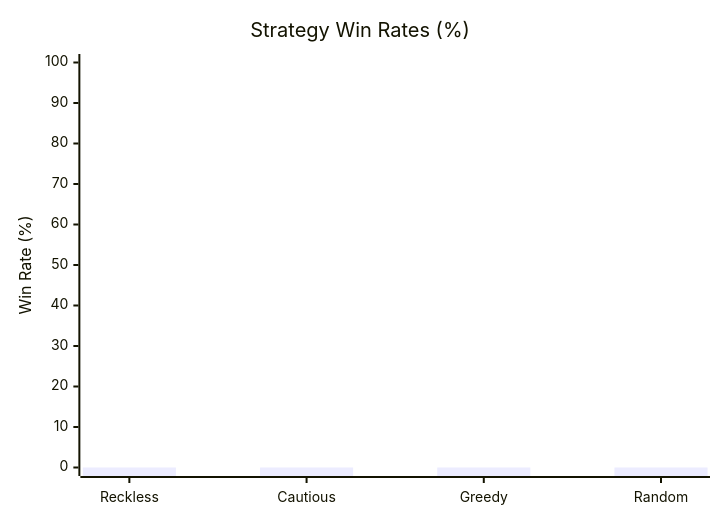
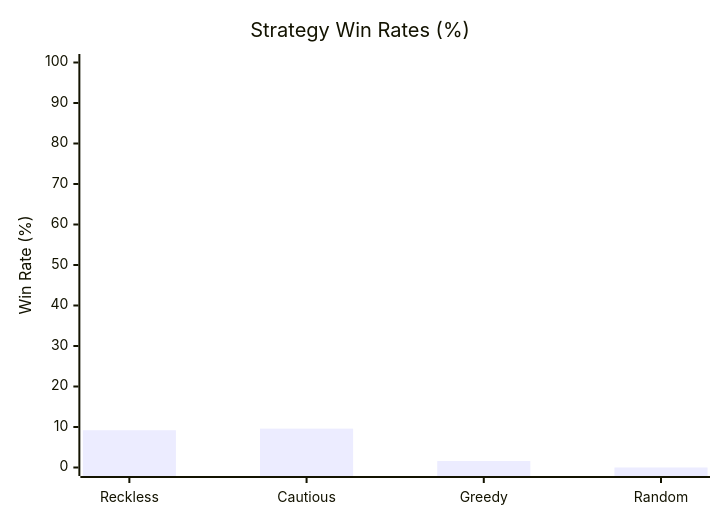
One commit to JACE062/TheMonstrousSea2 changed the diagram in packages/monstrous_sim/reports/report.md. Above: the diagram before and after it, drawn with Mermaid. The commit also changed other lines of this file and 9 other files, not shown here.

````diff
--- a/packages/monstrous_sim/reports/report.md
+++ b/packages/monstrous_sim/reports/report.md
@@ -18,7 +18,7 @@
 ```mermaid
 xychart-beta
     title "Strategy Win Rates (%)"
     x-axis ["Reckless", "Cautious", "Greedy", "Random"]
     y-axis "Win Rate (%)" 0 --> 100
-    bar [0.0, 0.0, 0.0, 0.0]
+    bar [9.2, 9.6, 1.6, 0.0]
 ```
````
